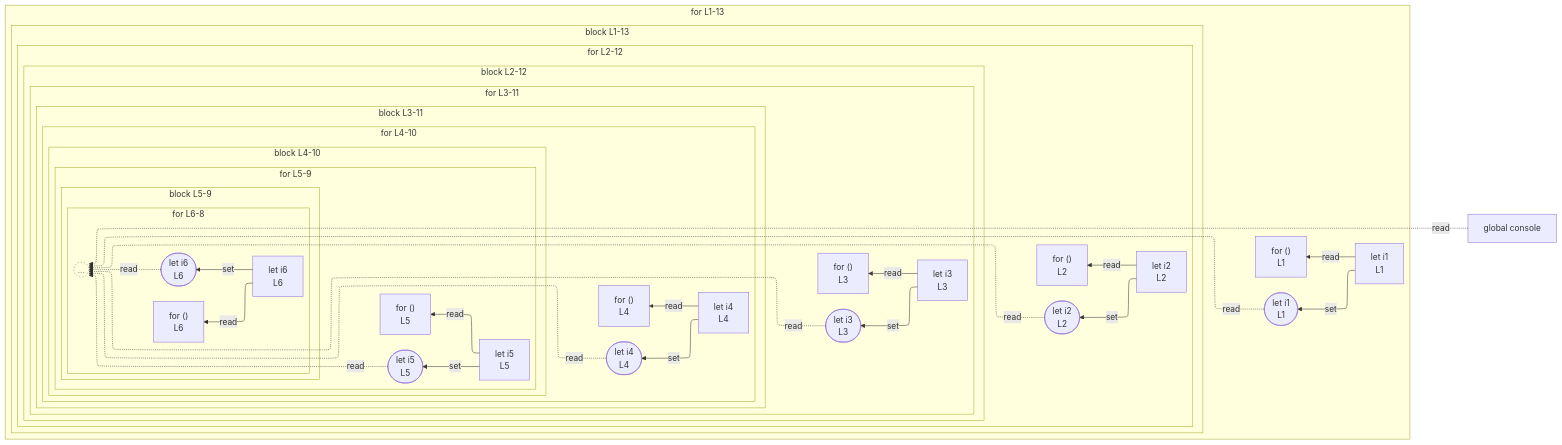
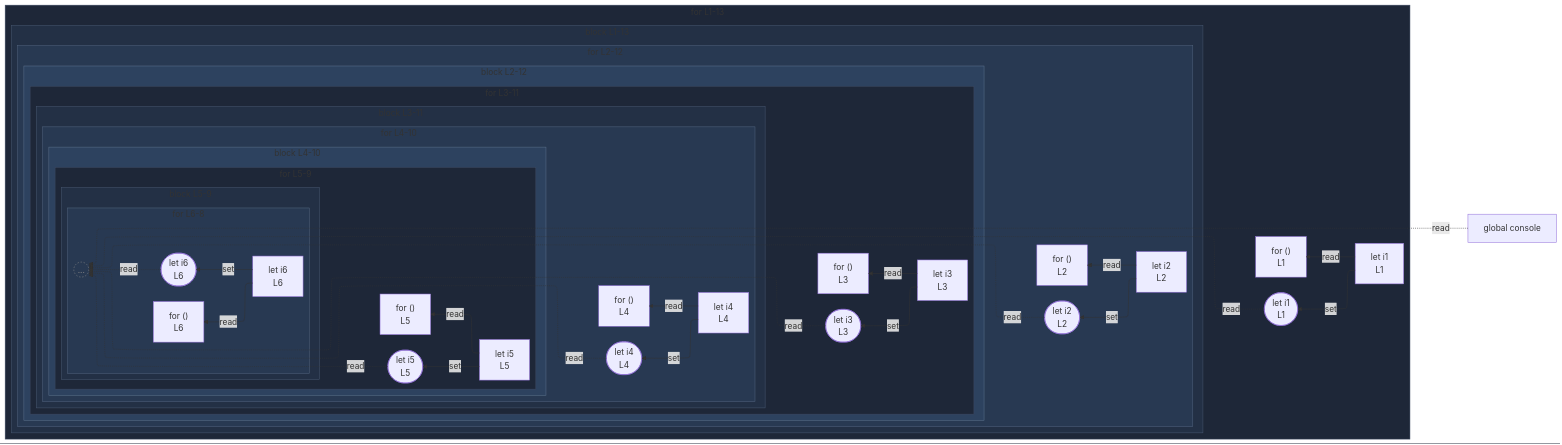
One commit to crescware/unsnarl changed the diagram in integration/fixtures/app-behavior/depth/for/depth-5/preview.md. Above: the diagram before and after it, drawn with Mermaid. The commit also changed 249 other files, not shown here.

First line of the commit message:
Color Mermaid subgraphs by nesting depth via theme palette

````diff
--- a/integration/fixtures/app-behavior/depth/for/depth-5/preview.md
+++ b/integration/fixtures/app-behavior/depth/for/depth-5/preview.md
@@ -103,4 +103,19 @@
   wr_ref_17 -.->|read| beyond_depth_s_scope_11
   classDef boundaryStub fill:transparent,stroke:#888,stroke-dasharray:3 3,color:#888;
   class beyond_depth_s_scope_11 boundaryStub;
+  classDef nestL1 fill:#1e2738,stroke:#3d4a63;
+  class s_scope_1 nestL1;
+  class s_scope_5 nestL1;
+  class s_scope_9 nestL1;
+  classDef nestL2 fill:#233045,stroke:#475670;
+  class s_scope_2 nestL2;
+  class s_scope_6 nestL2;
+  class s_scope_10 nestL2;
+  classDef nestL3 fill:#283952,stroke:#51637d;
+  class s_scope_3 nestL3;
+  class s_scope_7 nestL3;
+  class s_scope_11 nestL3;
+  classDef nestL4 fill:#2d425f,stroke:#5b708a;
+  class s_scope_4 nestL4;
+  class s_scope_8 nestL4;
 ```
````
